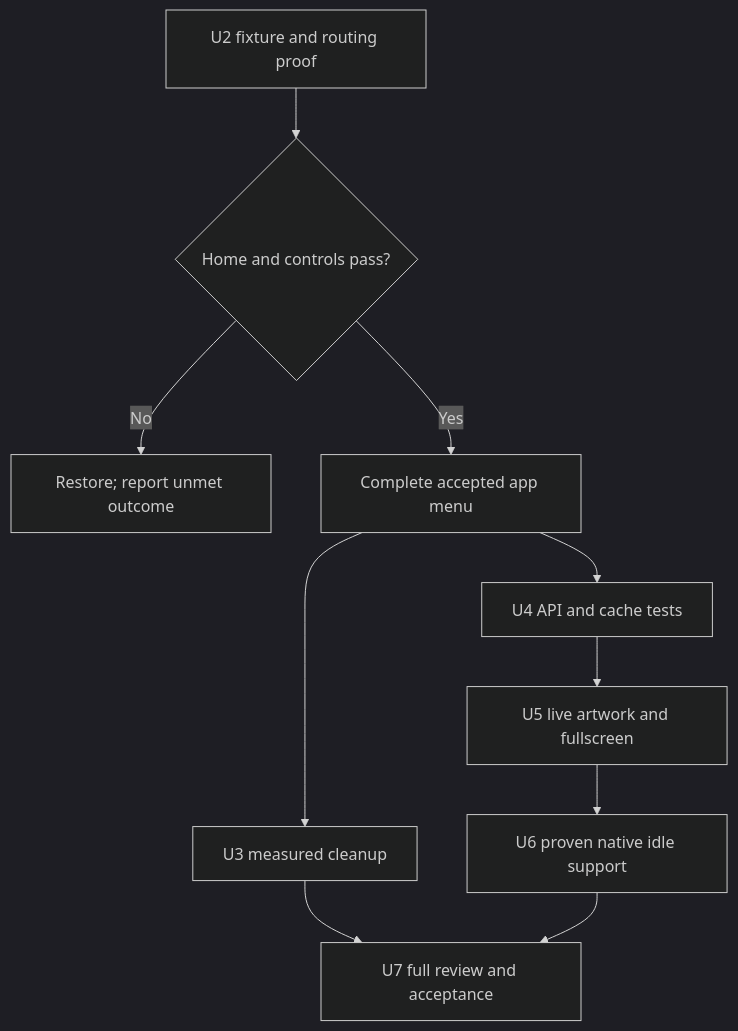
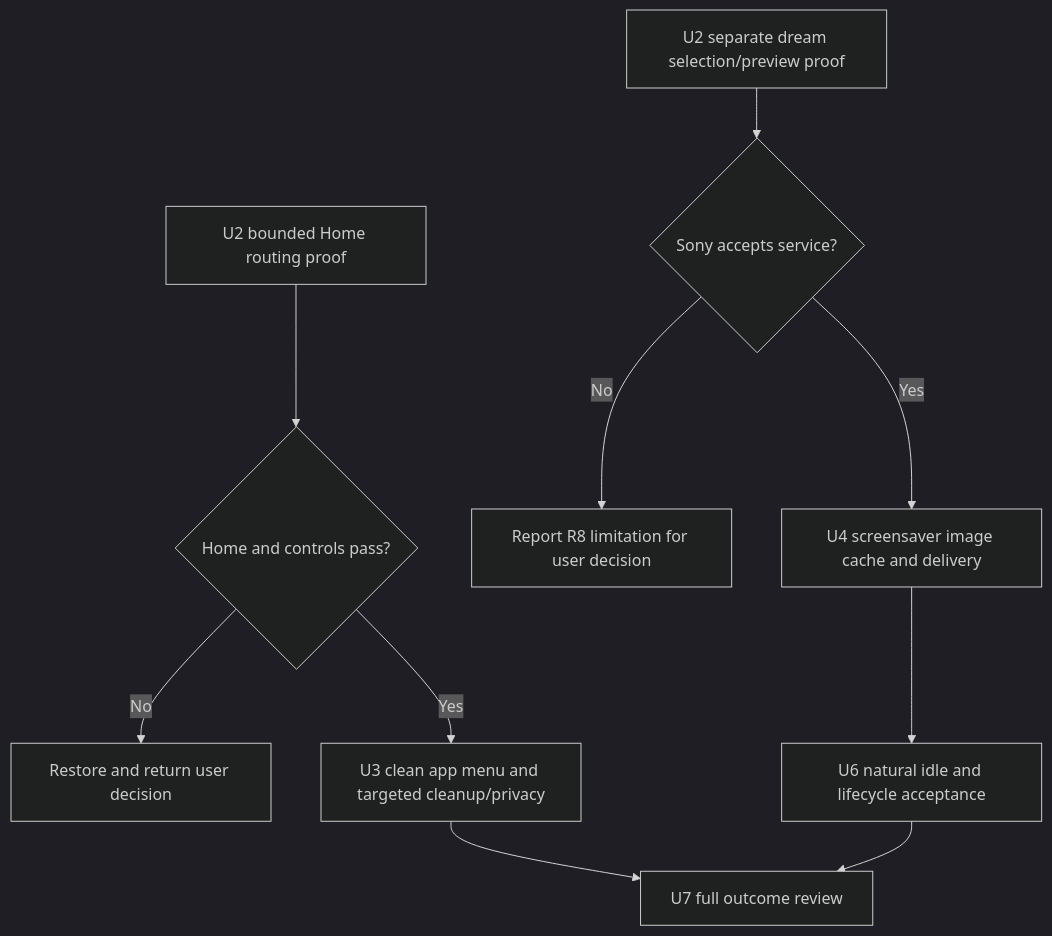
One commit to andres-monge/haystack changed the third of 3 diagrams in docs/plans/2026-10-18-0839-feat-sony-tv-haystack-integration-plan.md. Above: the diagram before and after it, drawn with Mermaid (dark theme). The commit also changed other lines of this file and 2 other files, not shown here.

Commit message:
docs: narrow TV artwork to screensaver and compare free launchers

````diff
--- a/docs/plans/2026-10-18-0839-feat-sony-tv-haystack-integration-plan.md
+++ b/docs/plans/2026-10-18-0839-feat-sony-tv-haystack-integration-plan.md
@@ -183,12 +166,12 @@
 ```mermaid
 flowchart TB
-  Proof[U2 fixture and routing proof] --> Gate{Home and controls pass?}
-  Gate -->|No| Restore[Restore; report unmet outcome]
-  Gate -->|Yes| Menu[Complete accepted app menu]
-  Menu --> Cleanup[U3 measured cleanup]
-  Menu --> Delivery[U4 API and cache tests]
-  Delivery --> Wallpaper[U5 live artwork and fullscreen]
-  Wallpaper --> Idle[U6 proven native idle support]
-  Cleanup --> Final[U7 full review and acceptance]
-  Idle --> Final
+  HomeProof[U2 bounded Home routing proof] --> HomeGate{Home and controls pass?}
+  HomeGate -->|No| Restore[Restore and return user decision]
+  HomeGate -->|Yes| Cleanup[U3 clean app menu and targeted cleanup/privacy]
+  DreamProof[U2 separate dream selection/preview proof] --> DreamGate{Sony accepts service?}
+  DreamGate -->|No| Decide[Report R8 limitation for user decision]
+  DreamGate -->|Yes| Delivery[U4 screensaver image cache and delivery]
+  Delivery --> Idle[U6 natural idle and lifecycle acceptance]
+  Cleanup --> Review[U7 full outcome review]
+  Idle --> Review
 ```
````
